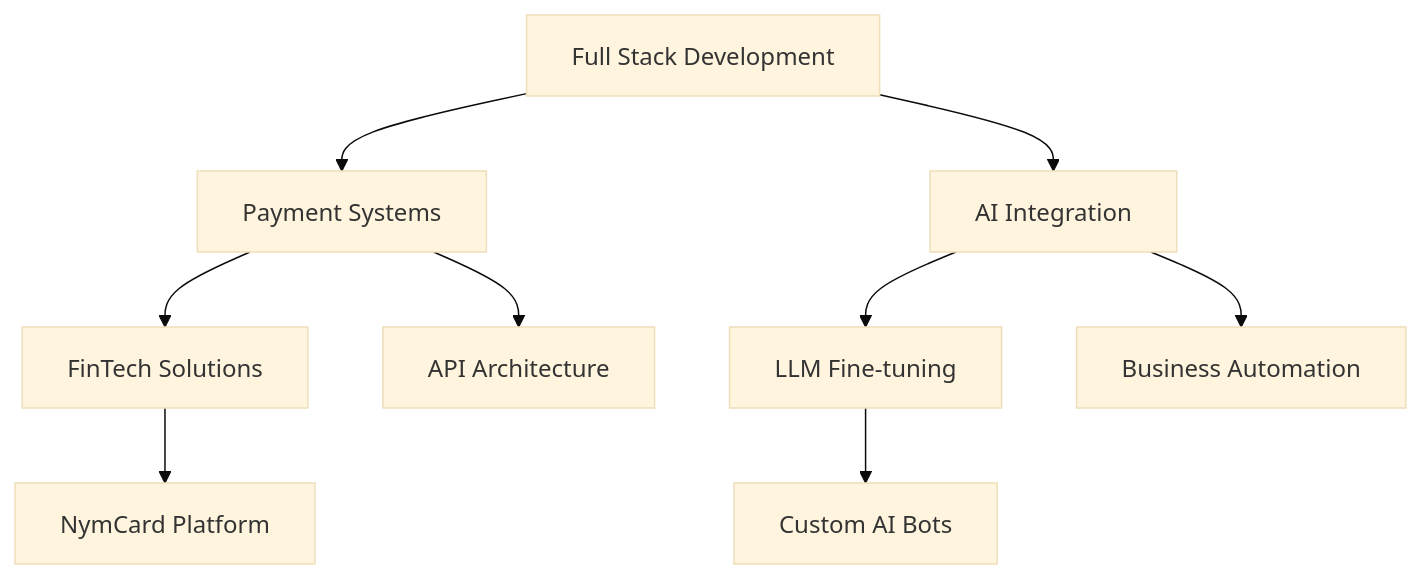
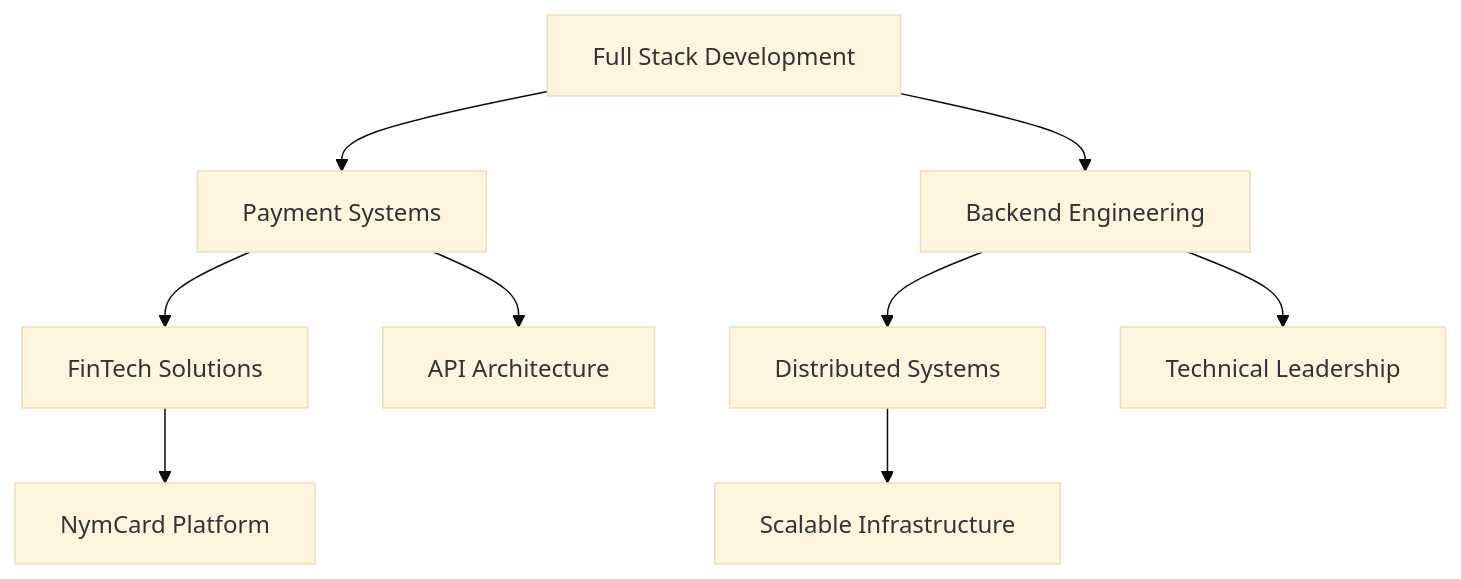
The diagram in README.md (mohitkadwe19/mohitkadwe19), drawn with Mermaid (base theme) before and after one commit. The commit also changed other lines of this file, not shown here.

````diff
--- a/README.md
+++ b/README.md
@@ -97,11 +73,11 @@
 ```mermaid
 graph TD
     A[Full Stack Development] --> B[Payment Systems]
-    A --> C[AI Integration]
+    A --> C[Backend Engineering]
     B --> D[FinTech Solutions]
     B --> E[API Architecture]
-    C --> F[LLM Fine-tuning]
-    C --> G[Business Automation]
+    C --> F[Distributed Systems]
+    C --> G[Technical Leadership]
     D --> H[NymCard Platform]
-    F --> I[Custom AI Bots]
+    F --> I[Scalable Infrastructure]
 ```
````
